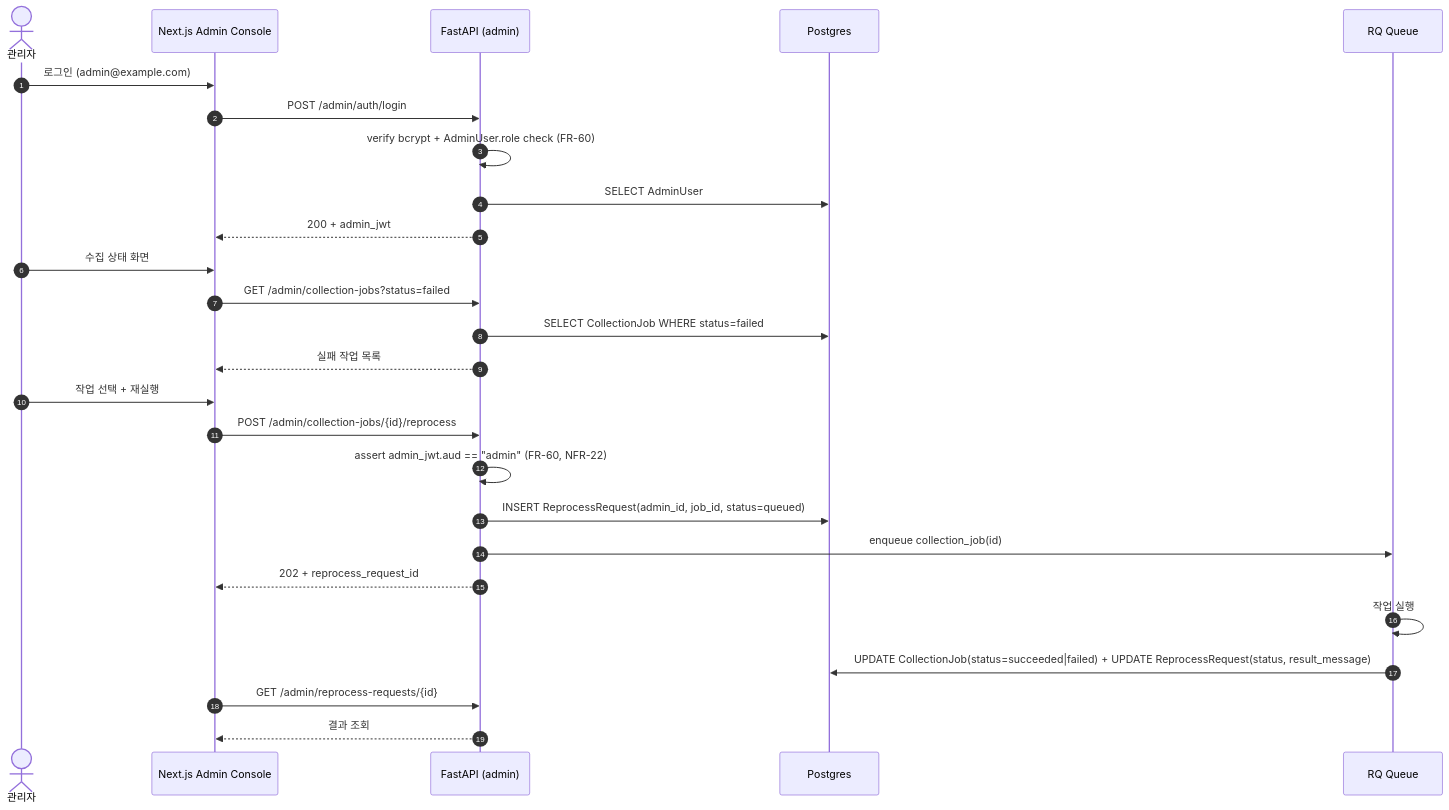
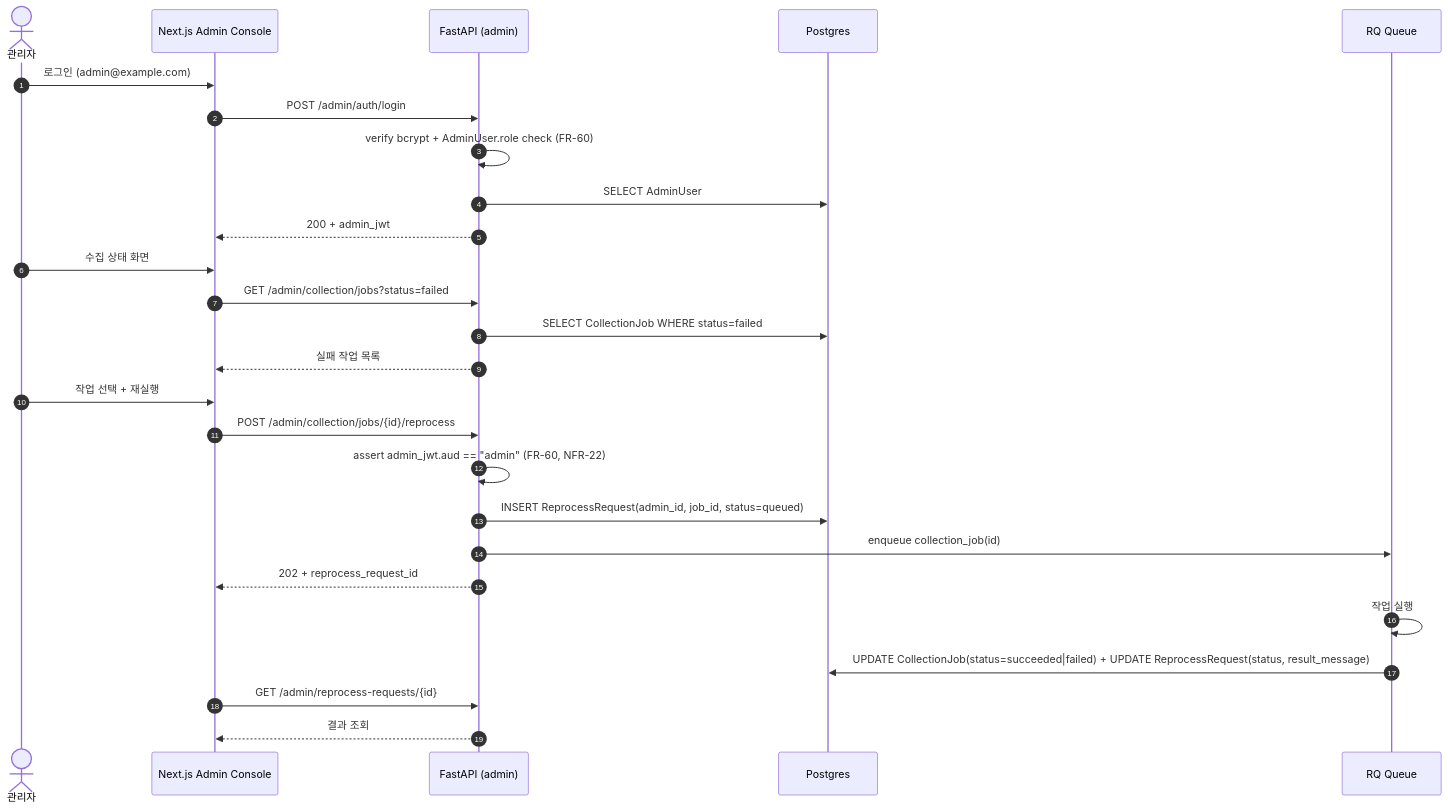
Before and after one commit to nwejnkasdf/SKKU-insight: the fifth of 5 diagrams in docs/sdd/data-flow.md, drawn with Mermaid. The commit also changed other lines of this file and 55 other files, not shown here.

````diff
--- a/docs/sdd/data-flow.md
+++ b/docs/sdd/data-flow.md
@@ -183,29 +183,29 @@
 ```mermaid
 sequenceDiagram
     autonumber
     actor Admin as 관리자
     participant Web as Next.js Admin Console
     participant API as FastAPI (admin)
     participant DB as Postgres
     participant Q as RQ Queue
 
     Admin->>Web: 로그인 (admin@example.com)
     Web->>API: POST /admin/auth/login
     API->>API: verify bcrypt + AdminUser.role check (FR-60)
     API->>DB: SELECT AdminUser
     API-->>Web: 200 + admin_jwt
     Admin->>Web: 수집 상태 화면
-    Web->>API: GET /admin/collection-jobs?status=failed
+    Web->>API: GET /admin/collection/jobs?status=failed
     API->>DB: SELECT CollectionJob WHERE status=failed
     API-->>Web: 실패 작업 목록
     Admin->>Web: 작업 선택 + 재실행
-    Web->>API: POST /admin/collection-jobs/{id}/reprocess
+    Web->>API: POST /admin/collection/jobs/{id}/reprocess
     API->>API: assert admin_jwt.aud == "admin" (FR-60, NFR-22)
     API->>DB: INSERT ReprocessRequest(admin_id, job_id, status=queued)
     API->>Q: enqueue collection_job(id)
     API-->>Web: 202 + reprocess_request_id
     Q->>Q: 작업 실행
     Q->>DB: UPDATE CollectionJob(status=succeeded|failed) + UPDATE ReprocessRequest(status, result_message)
     Web->>API: GET /admin/reprocess-requests/{id}
     API-->>Web: 결과 조회
 ```
````
